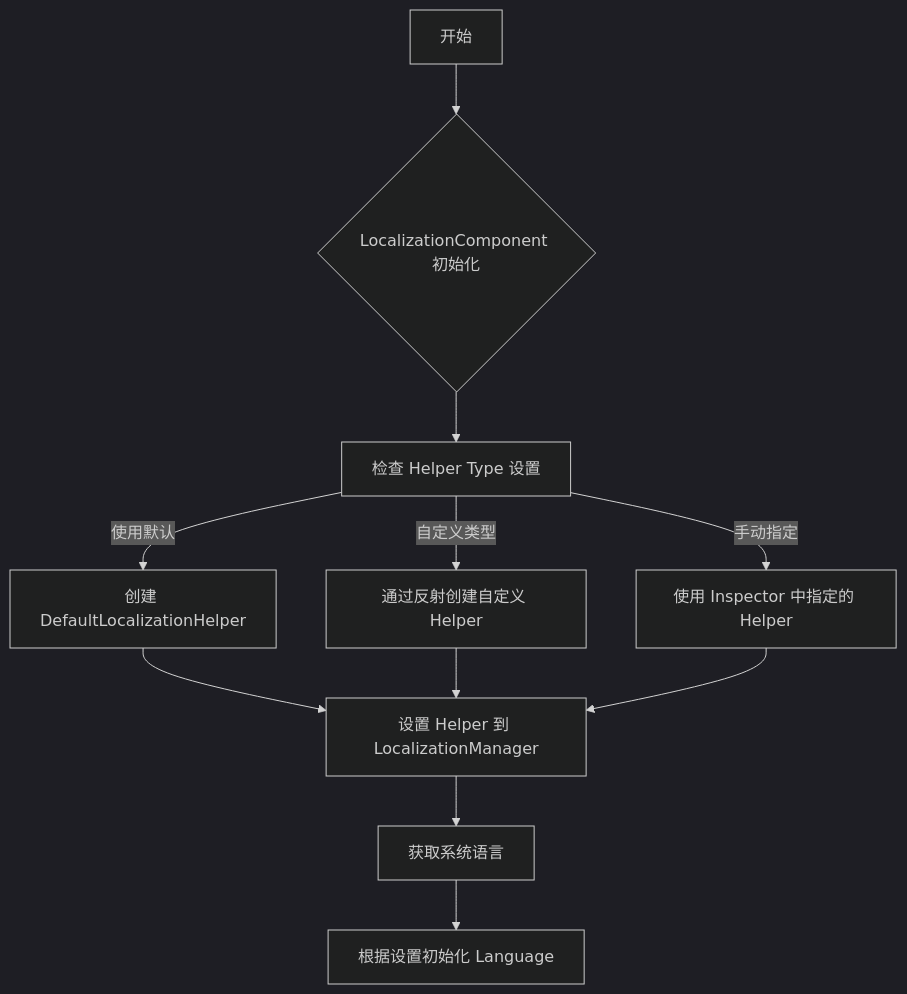
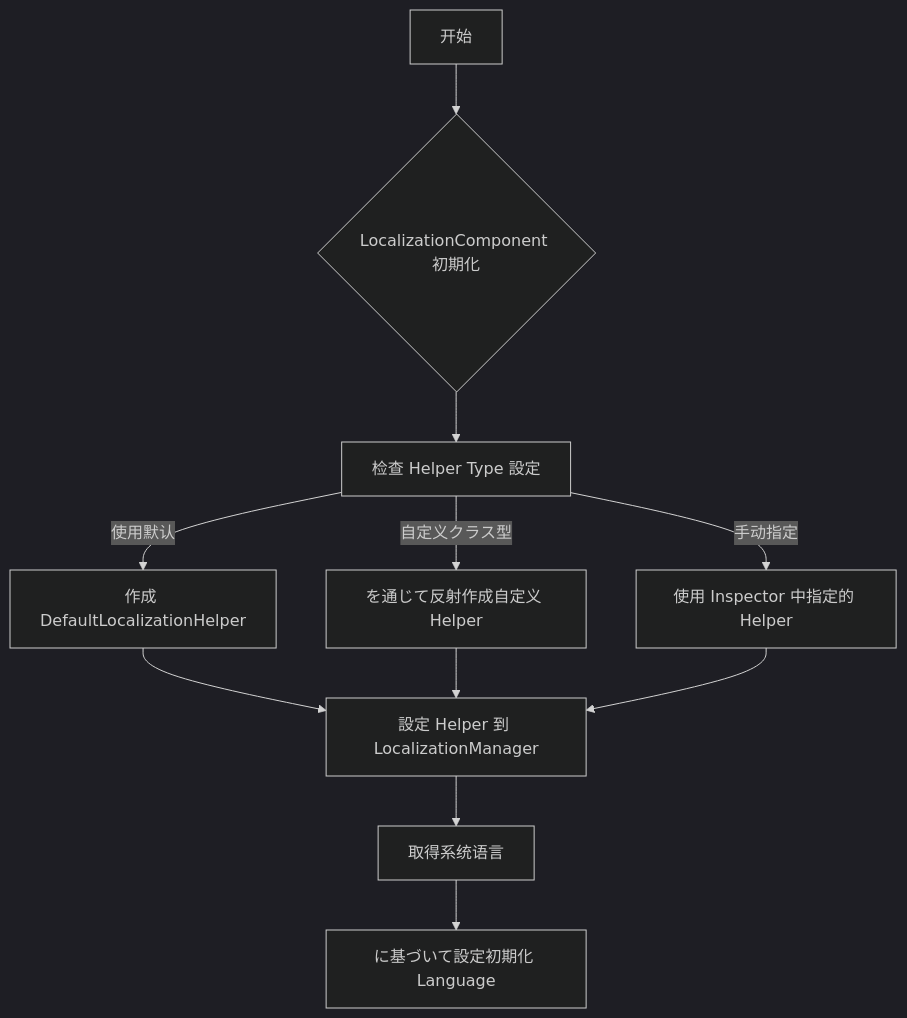
One commit to AlianBlank/GameFrameX.Docs changed the first of 2 diagrams in docs/ja/client/unity/component/localization/07.configuration.md. Above: the diagram before and after it, drawn with Mermaid (dark theme). The commit also changed other lines of this file and 603 other files, not shown here.

````diff
--- a/docs/ja/client/unity/component/localization/07.configuration.md
+++ b/docs/ja/client/unity/component/localization/07.configuration.md
@@ -244,13 +244,13 @@
 ```mermaid
 flowchart TD
-    A[开始] --> B{LocalizationComponent 初始化}
-    B --> C[检查 Helper Type 设置]
-    C -->|使用默认| D[创建 DefaultLocalizationHelper]
-    C -->|自定义类型| E[通过反射创建自定义 Helper]
+    A[开始] --> B{LocalizationComponent 初期化}
+    B --> C[检查 Helper Type 設定]
+    C -->|使用默认| D[作成 DefaultLocalizationHelper]
+    C -->|自定义クラス型| E[を通じて反射作成自定义 Helper]
     C -->|手动指定| F[使用 Inspector 中指定的 Helper]
-    D --> G[设置 Helper 到 LocalizationManager]
+    D --> G[設定 Helper 到 LocalizationManager]
     E --> G
     F --> G
-    G --> H[获取系统语言]
-    H --> I[根据设置初始化 Language]
+    G --> H[取得系统语言]
+    H --> I[に基づいて設定初期化 Language]
 ```
````
